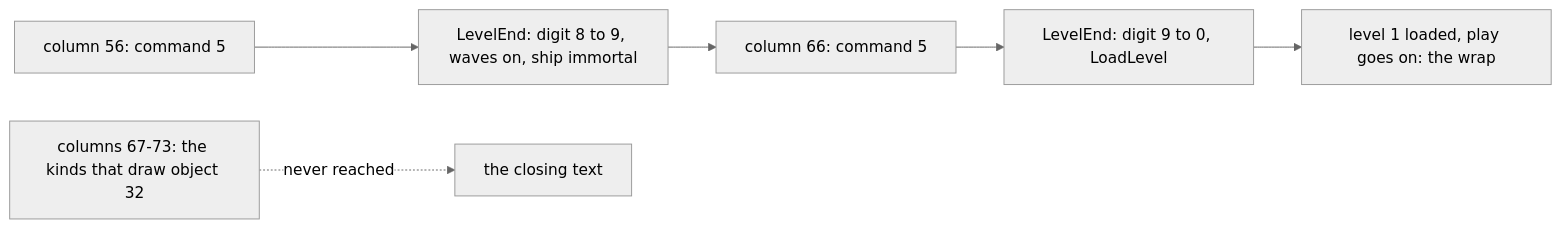
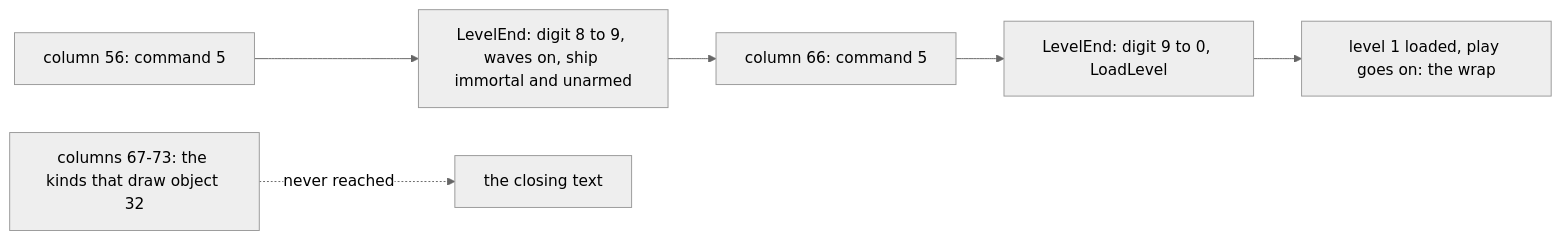
Before and after one commit to alfishe/unrealng-reverse-cases: the fourth of 4 diagrams in games/r-type/docs/08-hud-and-text.md, drawn with Mermaid (neutral theme). The commit also changed other lines of this file and 22 other files, not shown here.

````diff
--- a/games/r-type/docs/08-hud-and-text.md
+++ b/games/r-type/docs/08-hud-and-text.md
@@ -583,8 +584,8 @@
 ```mermaid
 flowchart LR
-    C56["column 56: command 5"] --> E8["LevelEnd: digit 8 to 9, waves on, ship immortal"]
+    C56["column 56: command 5"] --> E8["LevelEnd: digit 8 to 9, waves on, ship immortal and unarmed"]
     E8 --> C66["column 66: command 5"]
     C66 --> E9["LevelEnd: digit 9 to 0, LoadLevel"]
     E9 --> W["level 1 loaded, play goes on: the wrap"]
     C67["columns 67-73: the kinds that draw object 32"] -.->|"never reached"| X["the closing text"]
 ```
````
